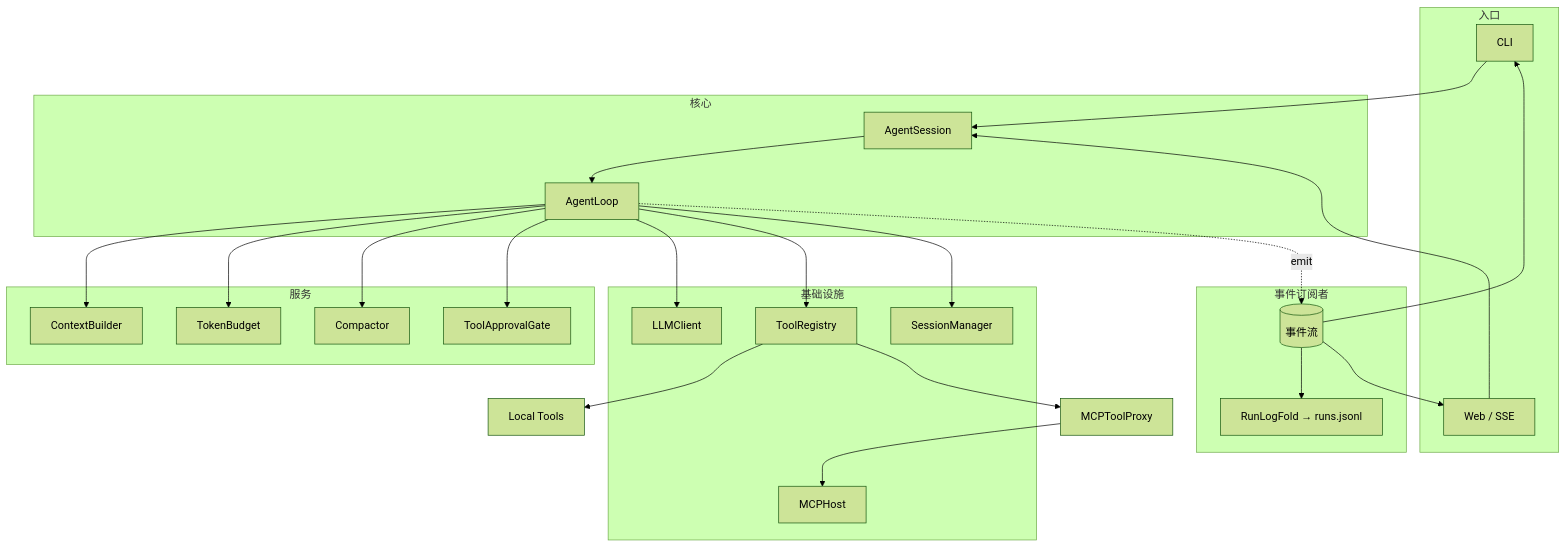
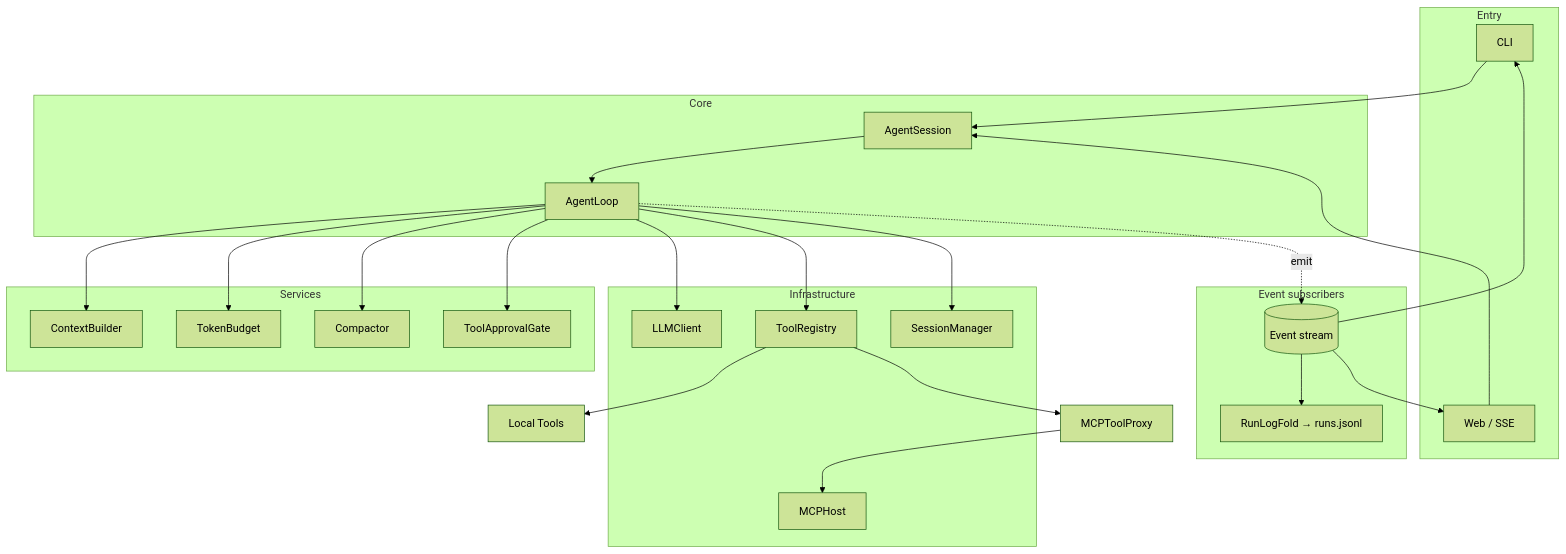
The diagram in README.md (Jiminyang1/minibot), drawn with Mermaid (forest theme) before and after one commit. The commit also changed other lines of this file and 4 other files, not shown here.

````diff
--- a/README.md
+++ b/README.md
@@ -45,46 +45,46 @@
 ```mermaid
 flowchart TB
-    subgraph entry [入口]
+    subgraph entry [Entry]
         CLI[CLI]
         Web[Web / SSE]
     end
 
-    subgraph core [核心]
+    subgraph core [Core]
         AS[AgentSession]
         AL[AgentLoop]
     end
 
-    subgraph services [服务]
+    subgraph services [Services]
         CB[ContextBuilder]
         TB[TokenBudget]
         CP[Compactor]
         GATE[ToolApprovalGate]
     end
 
-    subgraph infra [基础设施]
+    subgraph infra [Infrastructure]
         SM[SessionManager]
         TRG[ToolRegistry]
         MCP[MCPHost]
         LLM[LLMClient]
     end
 
-    subgraph subscribers [事件订阅者]
-        EV[(事件流)]
+    subgraph subscribers [Event subscribers]
+        EV[(Event stream)]
         FOLD[RunLogFold → runs.jsonl]
     end
 
     CLI --> AS
     Web --> AS
     AS --> AL
     AL --> CB & TB & CP & GATE
     AL --> LLM
     AL --> TRG
     AL --> SM
     AL -. emit .-> EV
     EV --> FOLD
     EV --> CLI
     EV --> Web
     TRG --> Local[Local Tools]
     TRG --> Proxy[MCPToolProxy]
     Proxy --> MCP
 ```
````
